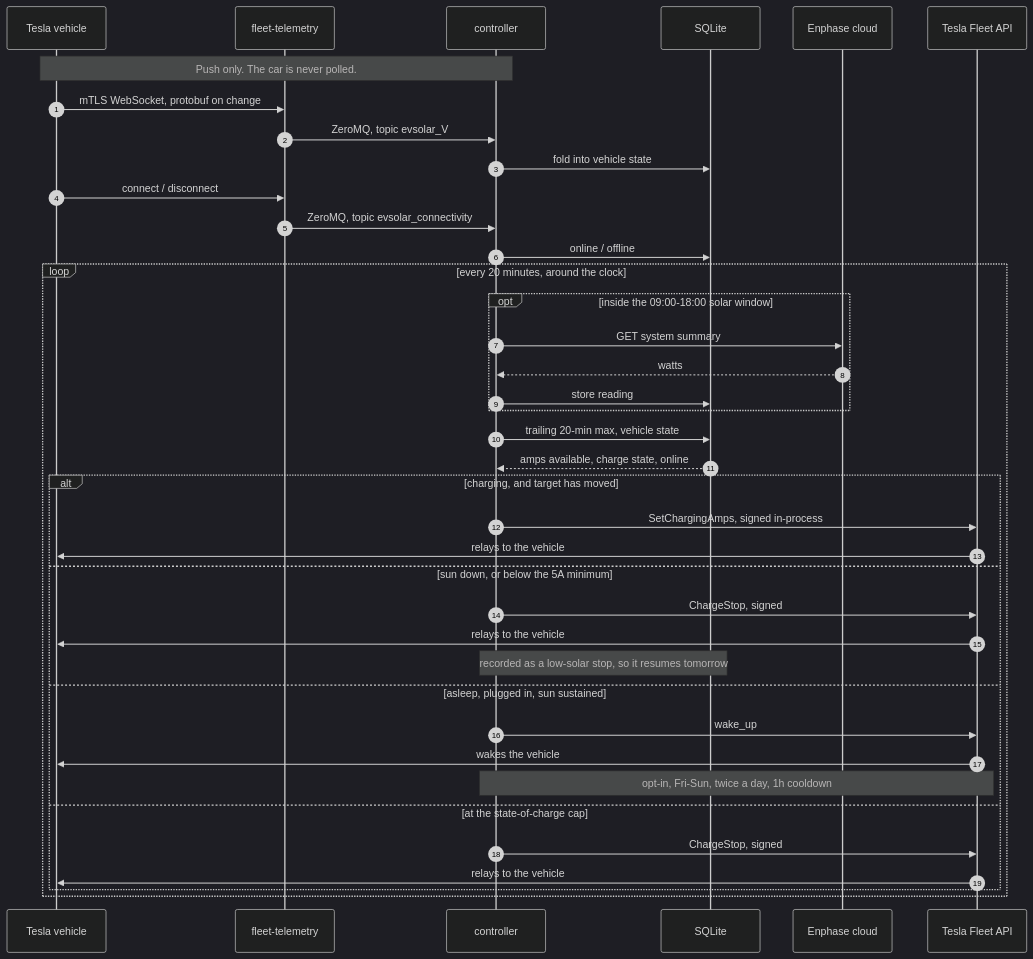
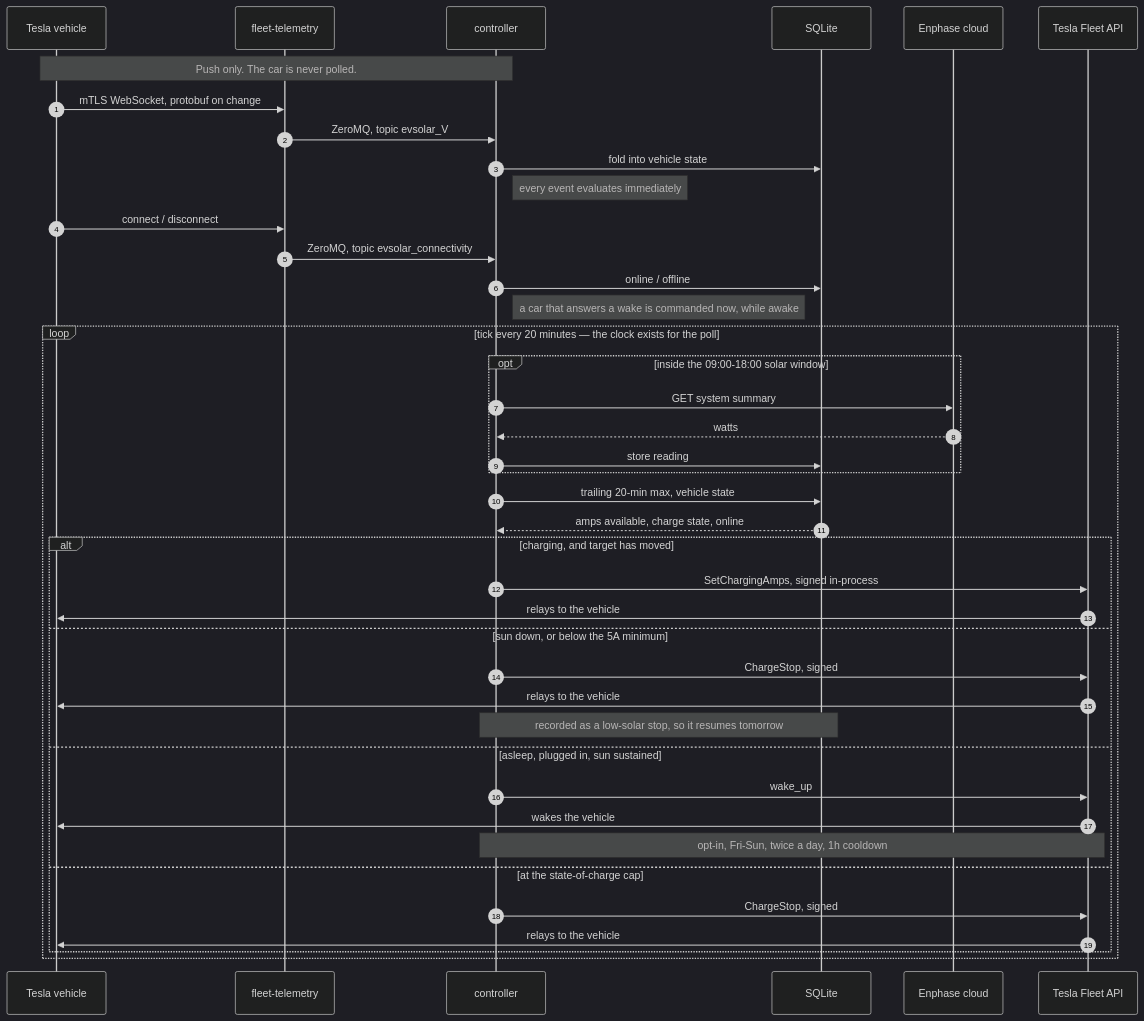
The first of 2 diagrams in README.md (bbarber/EvSolarChargeController), drawn with Mermaid (dark theme) before and after one commit. The commit also changed other lines of this file and 19 other files, not shown here.

````diff
--- a/README.md
+++ b/README.md
@@ -61,46 +61,48 @@
 ```mermaid
 sequenceDiagram
     autonumber
     participant Car as Tesla vehicle
     participant FT as fleet-telemetry
     participant Ctl as controller
     participant DB as SQLite
     participant Enp as Enphase cloud
     participant API as Tesla Fleet API
 
     Note over Car,Ctl: Push only. The car is never polled.
 
     Car->>FT: mTLS WebSocket, protobuf on change
     FT->>Ctl: ZeroMQ, topic evsolar_V
     Ctl->>DB: fold into vehicle state
+    Note right of Ctl: every event evaluates immediately
     Car->>FT: connect / disconnect
     FT->>Ctl: ZeroMQ, topic evsolar_connectivity
     Ctl->>DB: online / offline
+    Note right of Ctl: a car that answers a wake is commanded now, while awake
 
-    loop every 20 minutes, around the clock
+    loop tick every 20 minutes — the clock exists for the poll
         opt inside the 09:00-18:00 solar window
             Ctl->>Enp: GET system summary
             Enp-->>Ctl: watts
             Ctl->>DB: store reading
         end
 
         Ctl->>DB: trailing 20-min max, vehicle state
         DB-->>Ctl: amps available, charge state, online
 
         alt charging, and target has moved
             Ctl->>API: SetChargingAmps, signed in-process
             API->>Car: relays to the vehicle
         else sun down, or below the 5A minimum
             Ctl->>API: ChargeStop, signed
             API->>Car: relays to the vehicle
             Note over Ctl,DB: recorded as a low-solar stop, so it resumes tomorrow
         else asleep, plugged in, sun sustained
             Ctl->>API: wake_up
             API->>Car: wakes the vehicle
             Note over Ctl,API: opt-in, Fri-Sun, twice a day, 1h cooldown
         else at the state-of-charge cap
             Ctl->>API: ChargeStop, signed
             API->>Car: relays to the vehicle
         end
     end
 ```
````
